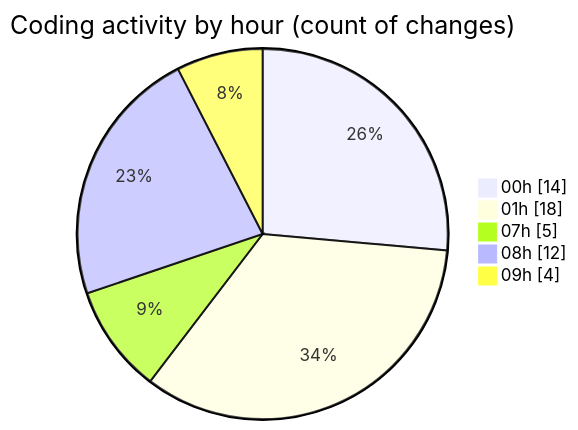
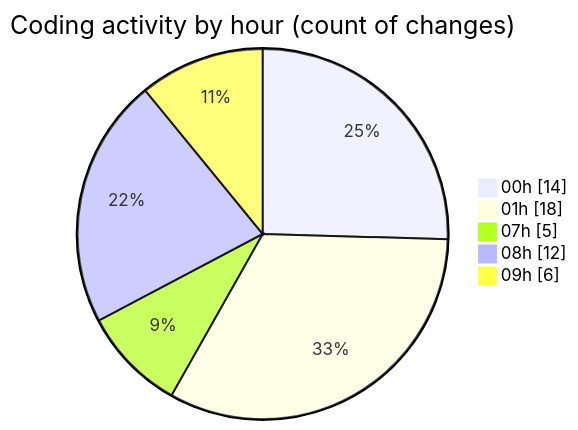
One commit to idhammustaqopulfikri/code-tracking changed the second of 2 diagrams in 2025-06-23/studio-backend/README.md. Above: the diagram before and after it, drawn with Mermaid. The commit also changed other lines of this file and 1 other file, not shown here.

````diff
--- a/2025-06-23/studio-backend/README.md
+++ b/2025-06-23/studio-backend/README.md
@@ -33,9 +33,9 @@
 ```mermaid
 pie showData
 title Coding activity by hour (count of changes)
 "00h" : 14
 "01h" : 18
 "07h" : 5
 "08h" : 12
-"09h" : 4
+"09h" : 6
 ```
````
